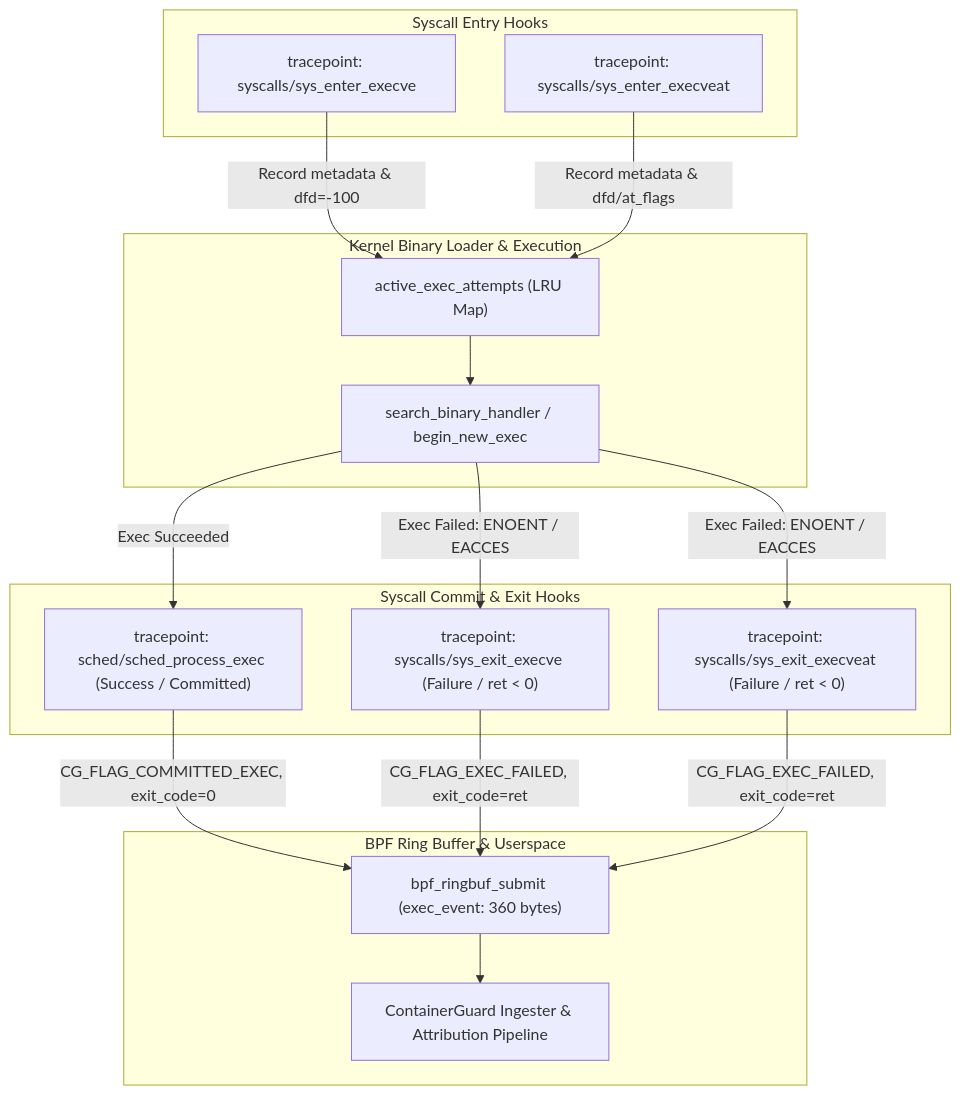
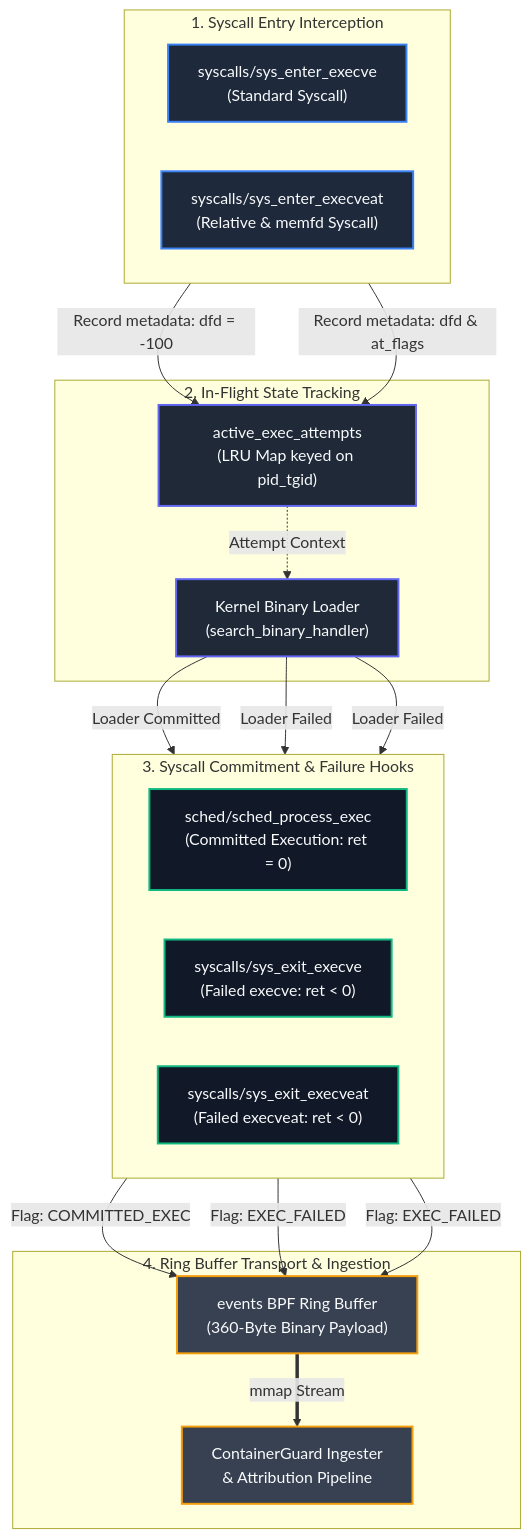
One commit to ramKarthik57/containerguard changed the diagram in docs/EXECUTION_PATH_COVERAGE.md. Above: the diagram before and after it, drawn with Mermaid. The commit also changed 4 other files, not shown here.

First line of the commit message:
docs(diagrams): overhaul and perfect all mermaid architectural diagrams

````diff
--- a/docs/EXECUTION_PATH_COVERAGE.md
+++ b/docs/EXECUTION_PATH_COVERAGE.md
@@ -14,35 +14,47 @@
 ```mermaid
 flowchart TD
-    subgraph Syscall_Entry ["Syscall Entry Hooks"]
-        E1["tracepoint: syscalls/sys_enter_execve"]
-        E2["tracepoint: syscalls/sys_enter_execveat"]
+    subgraph Syscall_Entry ["1. Syscall Entry Interception"]
+        direction LR
+        E1["syscalls/sys_enter_execve<br/><span>(Standard Syscall)</span>"]
+        E2["syscalls/sys_enter_execveat<br/><span>(Relative & memfd Syscall)</span>"]
     end
 
-    subgraph Kernel_Execution ["Kernel Binary Loader & Execution"]
-        K1["active_exec_attempts (LRU Map)"]
-        K2["search_binary_handler / begin_new_exec"]
+    subgraph Kernel_Tracking ["2. In-Flight State Tracking"]
+        K1["active_exec_attempts<br/><span>(LRU Map keyed on pid_tgid)</span>"]
+        K2["Kernel Binary Loader<br/><span>(search_binary_handler)</span>"]
+        K1 -.->|Attempt Context| K2
     end
 
-    subgraph Syscall_Commit_Exit ["Syscall Commit & Exit Hooks"]
-        C1["tracepoint: sched/sched_process_exec (Success / Committed)"]
-        C2["tracepoint: syscalls/sys_exit_execve (Failure / ret < 0)"]
-        C3["tracepoint: syscalls/sys_exit_execveat (Failure / ret < 0)"]
+    subgraph Syscall_Outcome ["3. Syscall Commitment & Failure Hooks"]
+        direction LR
+        C1["sched/sched_process_exec<br/><span>(Committed Execution: ret = 0)</span>"]
+        C2["syscalls/sys_exit_execve<br/><span>(Failed execve: ret < 0)</span>"]
+        C3["syscalls/sys_exit_execveat<br/><span>(Failed execveat: ret < 0)</span>"]
     end
 
-    subgraph Ring_Buffer ["BPF Ring Buffer & Userspace"]
-        RB["bpf_ringbuf_submit (exec_event: 360 bytes)"]
-        US["ContainerGuard Ingester & Attribution Pipeline"]
+    subgraph Ring_Buffer ["4. Ring Buffer Transport & Ingestion"]
+        RB["events BPF Ring Buffer<br/><span>(360-Byte Binary Payload)</span>"]
+        US["ContainerGuard Ingester<br/><span>& Attribution Pipeline</span>"]
+        RB ==>|mmap Stream| US
     end
 
-    E1 -->|Record metadata & dfd=-100| K1
-    E2 -->|Record metadata & dfd/at_flags| K1
-    K1 --> K2
-    K2 -->|Exec Succeeded| C1
-    K2 -->|Exec Failed: ENOENT / EACCES| C2
-    K2 -->|Exec Failed: ENOENT / EACCES| C3
+    E1 -->|Record metadata: dfd = -100| K1
+    E2 -->|Record metadata: dfd & at_flags| K1
 
-    C1 -->|CG_FLAG_COMMITTED_EXEC, exit_code=0| RB
-    C2 -->|CG_FLAG_EXEC_FAILED, exit_code=ret| RB
-    C3 -->|CG_FLAG_EXEC_FAILED, exit_code=ret| RB
-    RB --> US
+    K2 -->|Loader Committed| C1
+    K2 -->|Loader Failed| C2
+    K2 -->|Loader Failed| C3
+
+    C1 -->|Flag: COMMITTED_EXEC| RB
+    C2 -->|Flag: EXEC_FAILED| RB
+    C3 -->|Flag: EXEC_FAILED| RB
+
+    classDef entry fill:#1e293b,stroke:#3b82f6,stroke-width:2px,color:#f8fafc;
+    classDef track fill:#1f2937,stroke:#6366f1,stroke-width:2px,color:#f8fafc;
+    classDef exitHook fill:#111827,stroke:#10b981,stroke-width:2px,color:#f8fafc;
+    classDef rb fill:#374151,stroke:#f59e0b,stroke-width:2px,color:#f8fafc;
+    class E1,E2 entry;
+    class K1,K2 track;
+    class C1,C2,C3 exitHook;
+    class RB,US rb;
 ```
````
